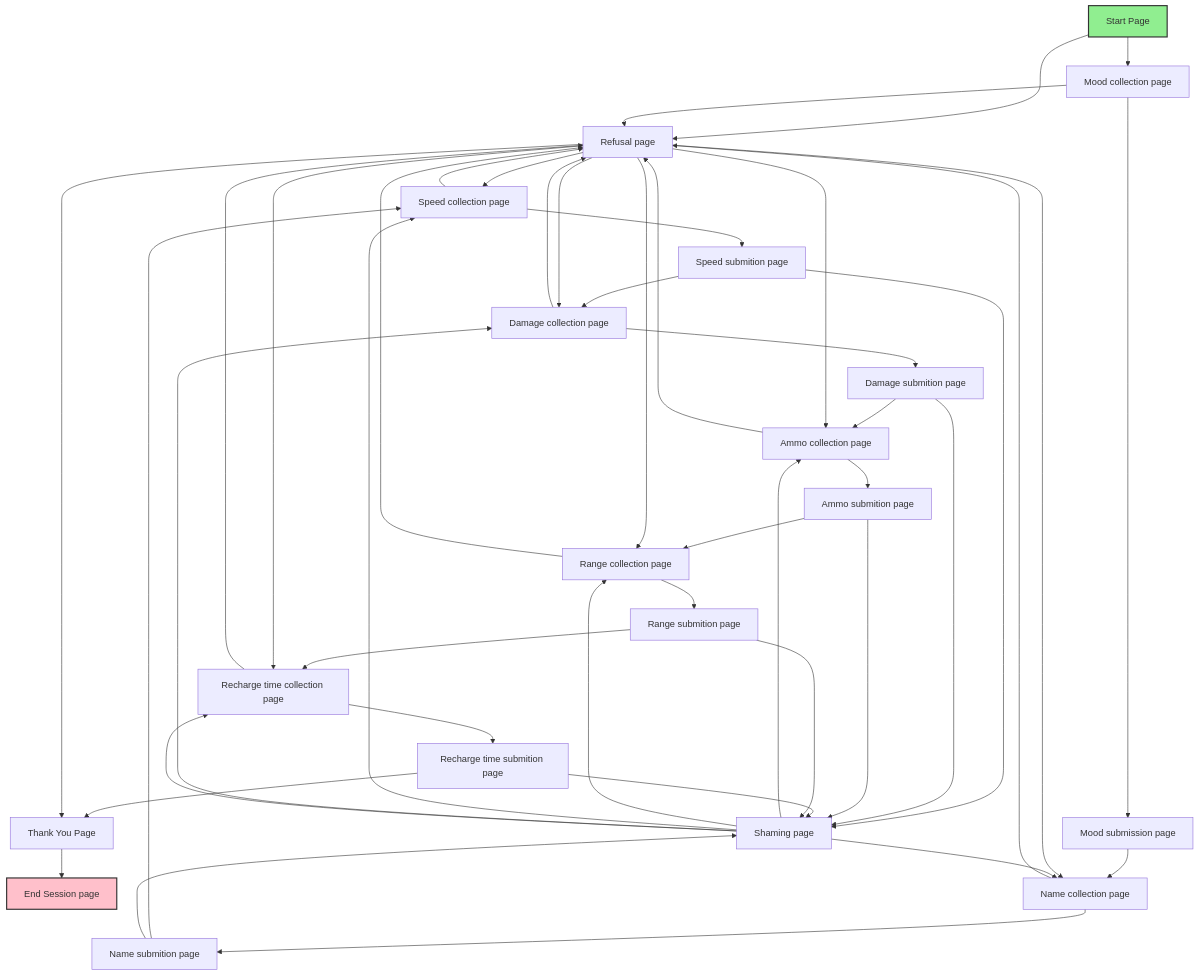
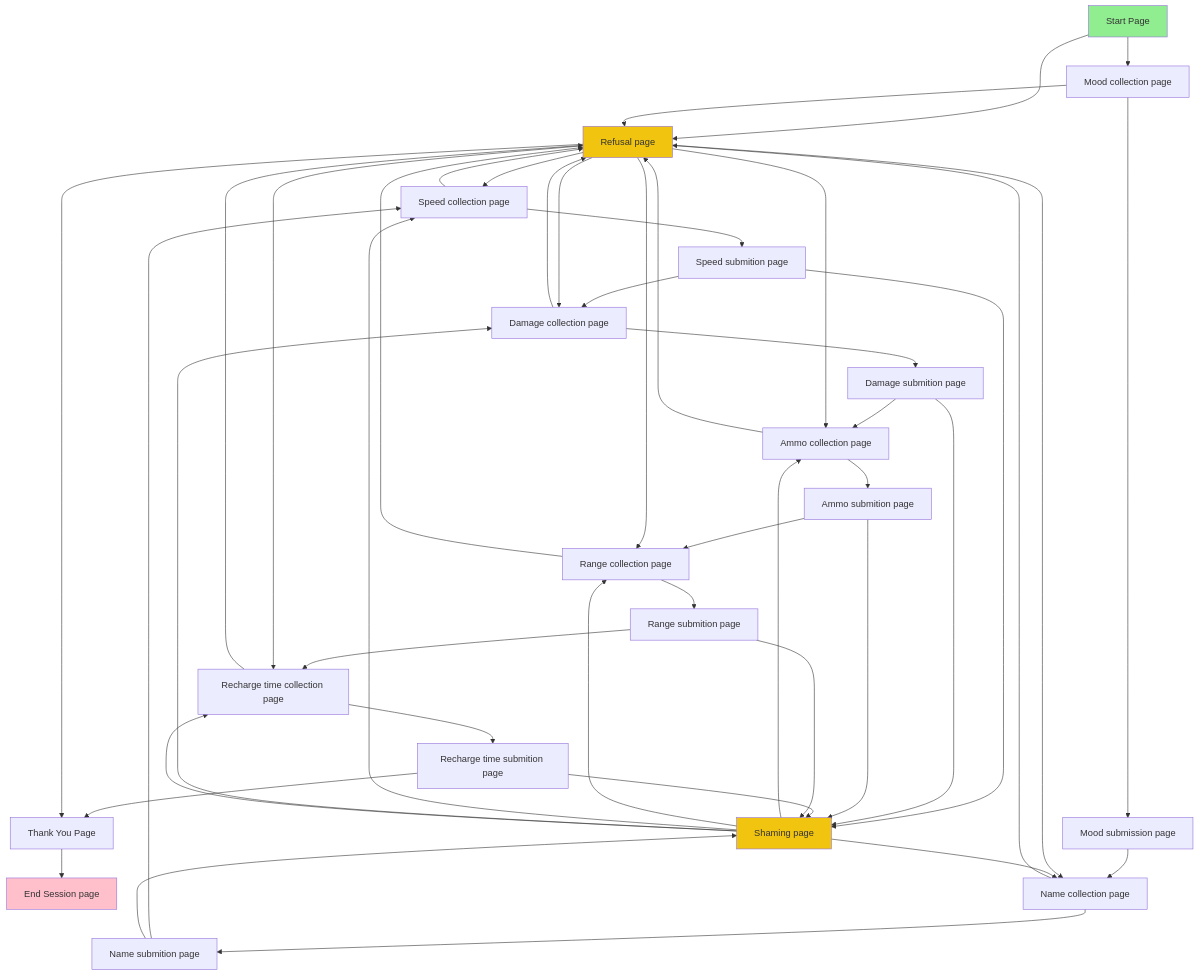
Before and after one commit to rchDev/game-of-points: the second of 2 diagrams in docs/conv-agent.md, drawn with Mermaid.

````diff
--- a/docs/conv-agent.md
+++ b/docs/conv-agent.md
@@ -49,56 +49,58 @@
 ```mermaid
 graph TD
     StartPage["Start Page"] --> RefusalPage["Refusal page"]
     StartPage --> UserMoodCollection["Mood collection page"]
     RefusalPage --> WeaponSpeedCollection["Speed collection page"]
     WeaponSpeedCollection --> WeaponSpeedSubmission["Speed submition page"]
     WeaponSpeedSubmission --> WeaponDamageCollection["Damage collection page"]
     WeaponDamageCollection --> WeaponDamageSubmission["Damage submition page"]
     ShamingPage["Shaming page"] --> WeaponAmmoCollection["Ammo collection page"]
     ThankYouPage --> EndSession["End Session page"]
     WeaponAmmoCollection --> WeaponAmmoSubmission["Ammo submition page"]
     WeaponAmmoSubmission --> WeaponRangeCollection
     ShamingPage --> WeaponRangeCollection["Range collection page"]
     WeaponRangeCollection --> WeaponRangeSubmission["Range submition page"]
     WeaponRangeSubmission --> WeaponRechargeTimeCollection["Recharge time collection page"]
     WeaponRechargeTimeCollection --> WeaponRechargeTimeSubmission["Recharge time submition page"]
     WeaponRechargeTimeSubmission --> ThankYouPage["Thank You Page"]
     RefusalPage --> ThankYouPage
 
     UserMoodCollection --> UserMoodSubmission["Mood submission page"]
     UserMoodSubmission --> WeaponNameCollection["Name collection page"]
     WeaponNameCollection --> WeaponNameSubmission["Name submition page"]
     WeaponNameSubmission --> WeaponSpeedCollection
     WeaponDamageSubmission --> WeaponAmmoCollection
 
     UserMoodCollection --> RefusalPage
     WeaponNameCollection --> RefusalPage
     WeaponSpeedCollection --> RefusalPage
     WeaponDamageCollection --> RefusalPage
     WeaponAmmoCollection --> RefusalPage
     WeaponRangeCollection --> RefusalPage
     WeaponRechargeTimeCollection --> RefusalPage
 
     RefusalPage --> WeaponNameCollection
     RefusalPage --> WeaponDamageCollection
     RefusalPage --> WeaponAmmoCollection
     RefusalPage --> WeaponRangeCollection
     RefusalPage --> WeaponRechargeTimeCollection
 
     WeaponNameSubmission --> ShamingPage
     WeaponSpeedSubmission --> ShamingPage
     WeaponDamageSubmission --> ShamingPage
     WeaponAmmoSubmission --> ShamingPage
     WeaponRechargeTimeSubmission --> ShamingPage
     WeaponRangeSubmission --> ShamingPage
 
 
     ShamingPage --> WeaponNameCollection
     ShamingPage --> WeaponSpeedCollection
     ShamingPage --> WeaponDamageCollection
     ShamingPage --> WeaponRechargeTimeCollection
 
     %% --- styles ---
-    style StartPage fill:#90EE90,stroke:#333,stroke-width:2px
-    style EndSession fill:pink,stroke:#333,stroke-width:2px
+    style StartPage fill:#90EE90
+    style EndSession fill:pink
+    style RefusalPage fill:#f1c40f
+    style ShamingPage fill:#f1c40f
 ```
````
